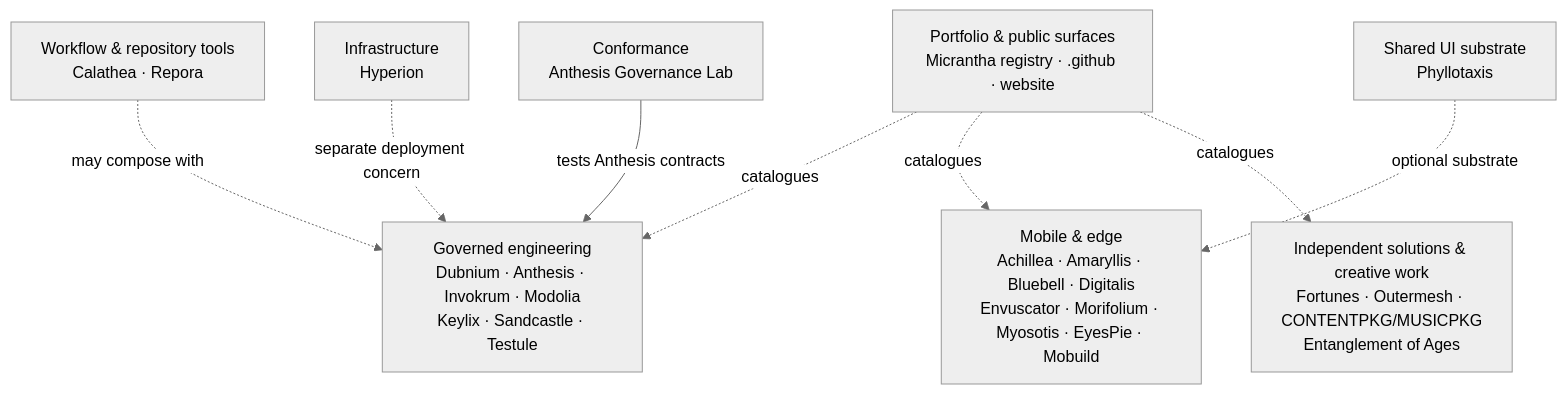
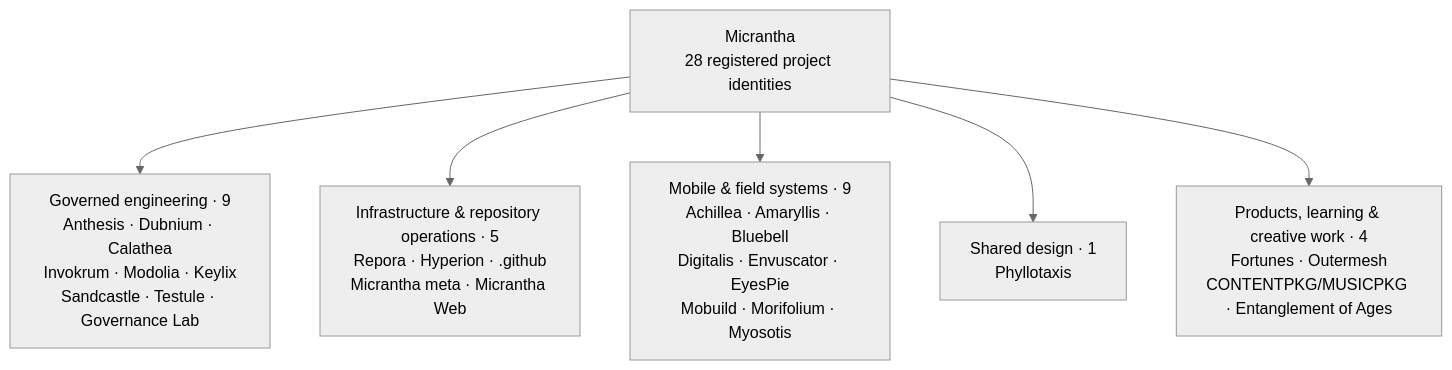
One commit to hackelia-micrantha/.github changed the first of 6 diagrams in docs/architecture/ecosystem-integration.md. Above: the diagram before and after it, drawn with Mermaid (neutral theme). The commit also changed other lines of this file, not shown here.

First line of the commit message:
docs: complete 28-project ecosystem map with category drill-down (#232)

````diff
--- a/docs/architecture/ecosystem-integration.md
+++ b/docs/architecture/ecosystem-integration.md
@@ -9,19 +11,15 @@
 ```mermaid
 flowchart TB
-    Coordination["Portfolio & public surfaces<br/>Micrantha registry · .github · website"]
-    Engineering["Governed engineering<br/>Dubnium · Anthesis · Invokrum · Modolia<br/>Keylix · Sandcastle · Testule"]
-    Workflow["Workflow & repository tools<br/>Calathea · Repora"]
-    Infrastructure["Infrastructure<br/>Hyperion"]
-    Mobile["Mobile & edge<br/>Achillea · Amaryllis · Bluebell · Digitalis<br/>Envuscator · Morifolium · Myosotis · EyesPie · Mobuild"]
-    Design["Shared UI substrate<br/>Phyllotaxis"]
-    Lab["Conformance<br/>Anthesis Governance Lab"]
-    Independent["Independent solutions & creative work<br/>Fortunes · Outermesh · CONTENTPKG/MUSICPKG<br/>Entanglement of Ages"]
+    Portfolio["Micrantha<br/>28 registered project identities"]
+    Gov["Governed engineering · 9<br/>Anthesis · Dubnium · Calathea<br/>Invokrum · Modolia · Keylix<br/>Sandcastle · Testule · Governance Lab"]
+    Ops["Infrastructure & repository operations · 5<br/>Repora · Hyperion · .github<br/>Micrantha meta · Micrantha Web"]
+    Mobile["Mobile & field systems · 9<br/>Achillea · Amaryllis · Bluebell<br/>Digitalis · Envuscator · EyesPie<br/>Mobuild · Morifolium · Myosotis"]
+    Design["Shared design · 1<br/>Phyllotaxis"]
+    Creative["Products, learning & creative work · 4<br/>Fortunes · Outermesh<br/>CONTENTPKG/MUSICPKG · Entanglement of Ages"]
 
-    Coordination -. "catalogues" .-> Engineering
-    Coordination -. "catalogues" .-> Mobile
-    Coordination -. "catalogues" .-> Independent
-    Workflow -. "may compose with" .-> Engineering
-    Infrastructure -. "separate deployment concern" .-> Engineering
-    Design -. "optional substrate" .-> Mobile
-    Lab -->|"tests Anthesis contracts"| Engineering
+    Portfolio --> Gov
+    Portfolio --> Ops
+    Portfolio --> Mobile
+    Portfolio --> Design
+    Portfolio --> Creative
 ```
````
